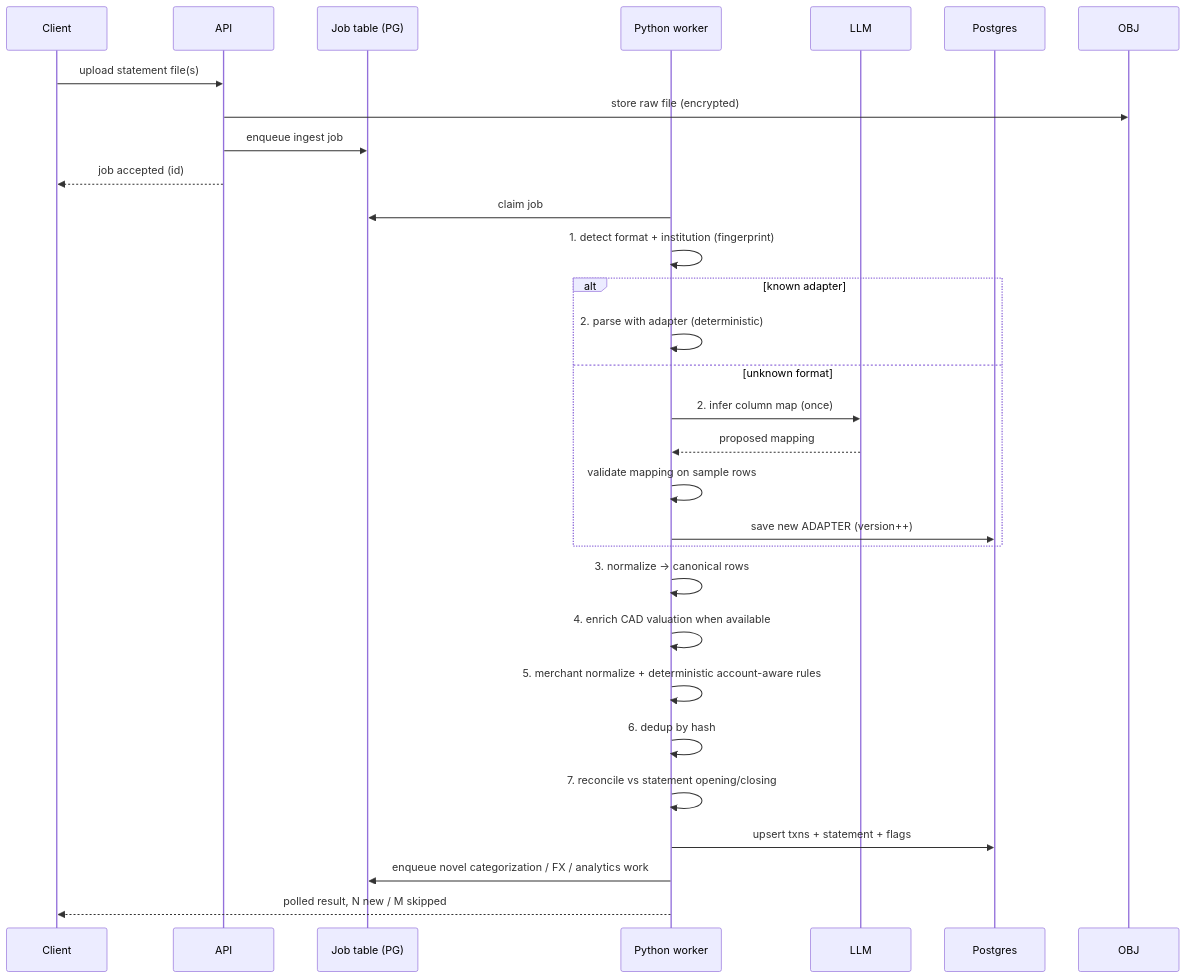
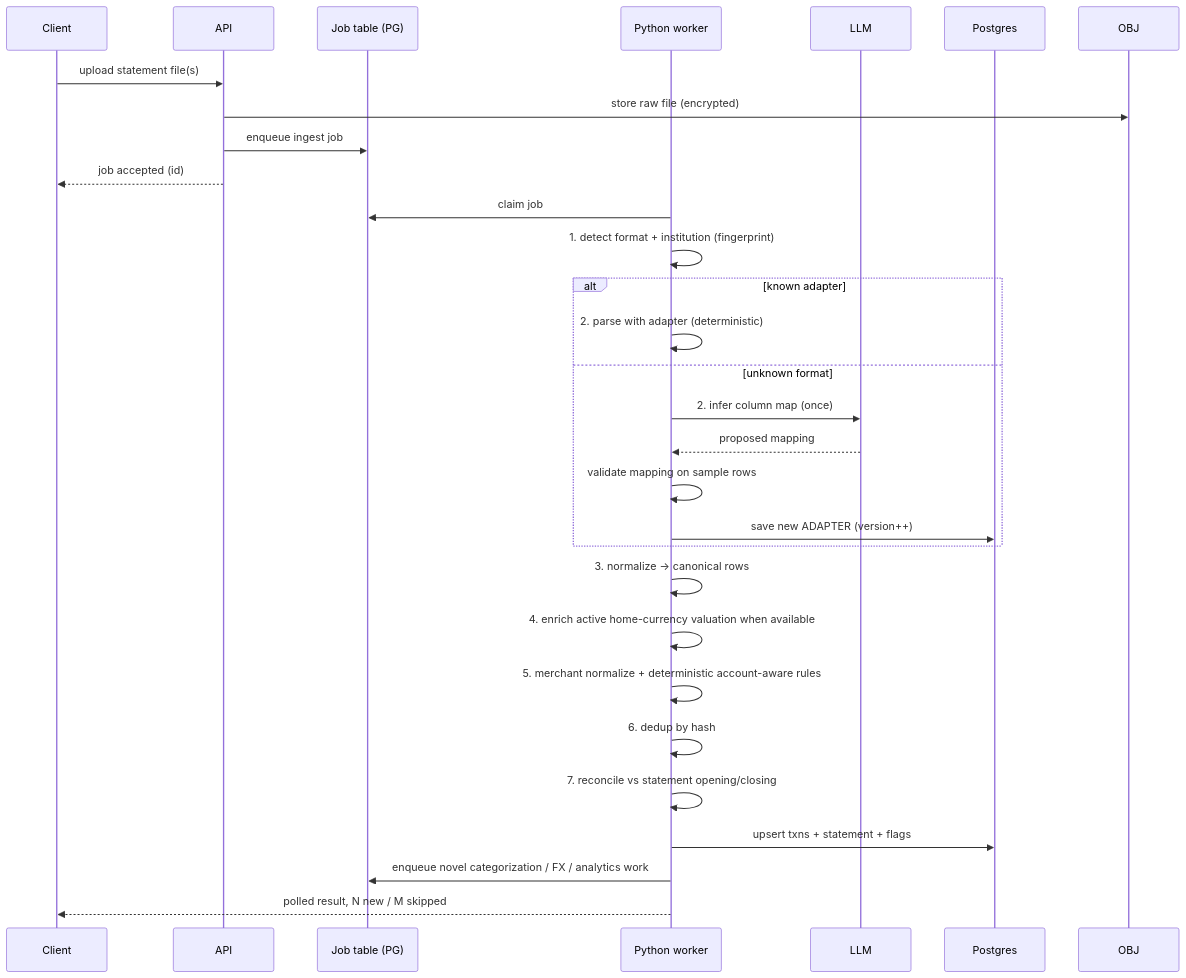
The third of 5 diagrams in docs/ARCHITECTURE.md (Shady-C/ledger), drawn with Mermaid before and after one commit. The commit also changed other lines of this file and 10 other files, not shown here.

````diff
--- a/docs/ARCHITECTURE.md
+++ b/docs/ARCHITECTURE.md
@@ -351,32 +381,32 @@
 ```mermaid
 sequenceDiagram
     participant U as Client
     participant API as API
     participant Q as Job table (PG)
     participant W as Python worker
     participant AI as LLM
     participant DB as Postgres
 
     U->>API: upload statement file(s)
     API->>OBJ: store raw file (encrypted)
     API->>Q: enqueue ingest job
     API-->>U: job accepted (id)
     W->>Q: claim job
     W->>W: 1. detect format + institution (fingerprint)
     alt known adapter
         W->>W: 2. parse with adapter (deterministic)
     else unknown format
         W->>AI: 2. infer column map (once)
         AI-->>W: proposed mapping
         W->>W: validate mapping on sample rows
         W->>DB: save new ADAPTER (version++)
     end
     W->>W: 3. normalize → canonical rows
-    W->>W: 4. enrich CAD valuation when available
+    W->>W: 4. enrich active home-currency valuation when available
     W->>W: 5. merchant normalize + deterministic account-aware rules
     W->>W: 6. dedup by hash
     W->>W: 7. reconcile vs statement opening/closing
     W->>DB: upsert txns + statement + flags
     W->>Q: enqueue novel categorization / FX / analytics work
     W-->>U: polled result, N new / M skipped
 ```
````
